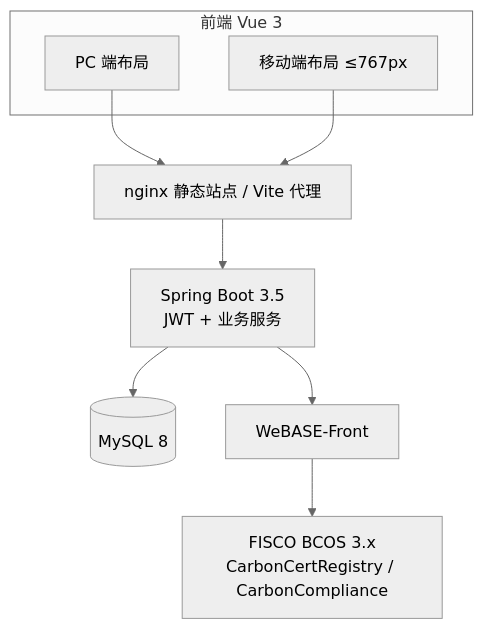
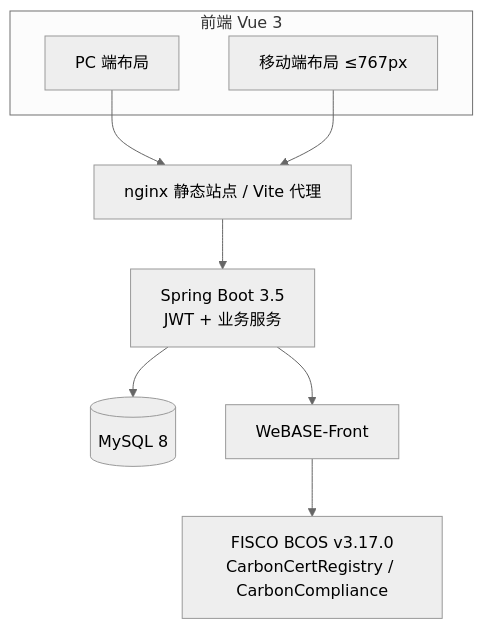
Before and after one commit to hexbode/carbon-trace-blockchain: the second of 2 diagrams in README.md, drawn with Mermaid (neutral theme). The commit also changed other lines of this file and 29 other files, not shown here.

````diff
--- a/README.md
+++ b/README.md
@@ -75,18 +93,18 @@
 ```mermaid
 flowchart TB
     subgraph Client[前端 Vue 3]
         PC[PC 端布局]
         MB[移动端布局 ≤767px]
     end
     NG[nginx 静态站点 / Vite 代理]
     API[Spring Boot 3.5<br/>JWT + 业务服务]
     DB[(MySQL 8)]
     WB[WeBASE-Front]
-    CH[FISCO BCOS 3.x<br/>CarbonCertRegistry / CarbonCompliance]
+    CH[FISCO BCOS v3.17.0<br/>CarbonCertRegistry / CarbonCompliance]
 
     PC --> NG
     MB --> NG
     NG --> API
     API --> DB
     API --> WB --> CH
 ```
````
